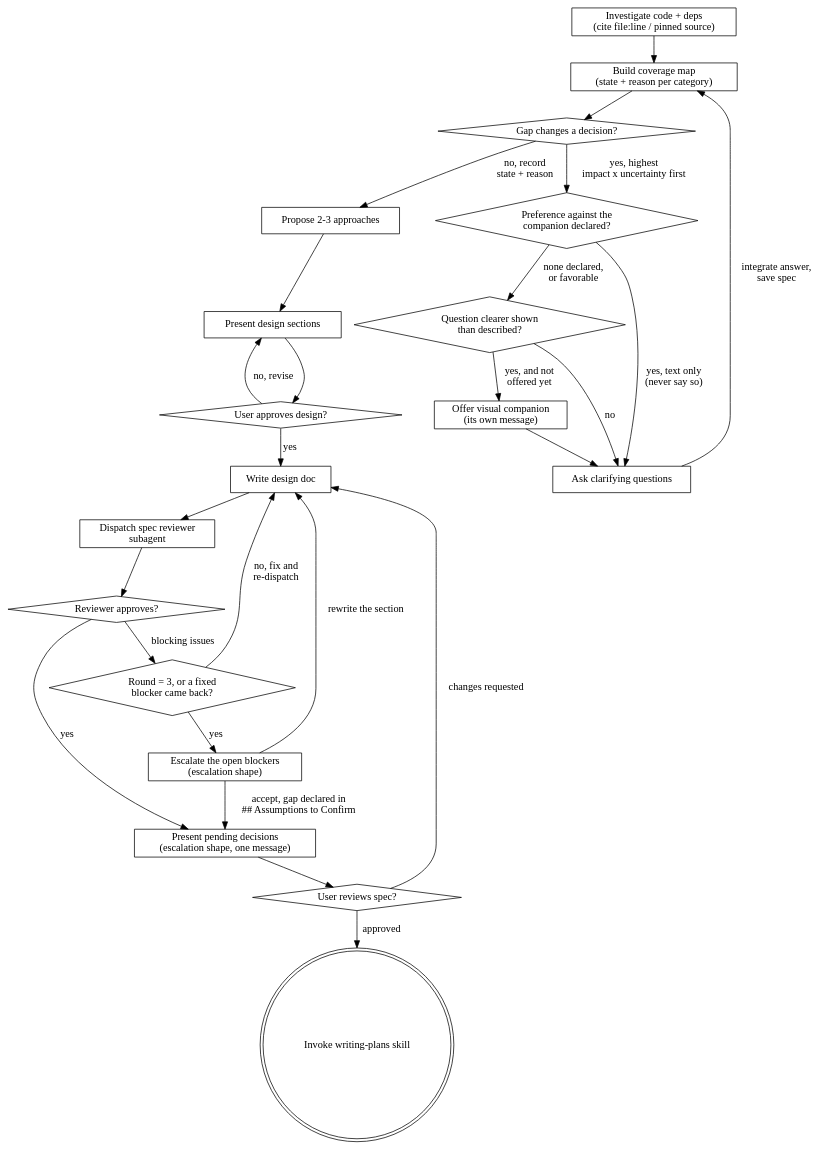
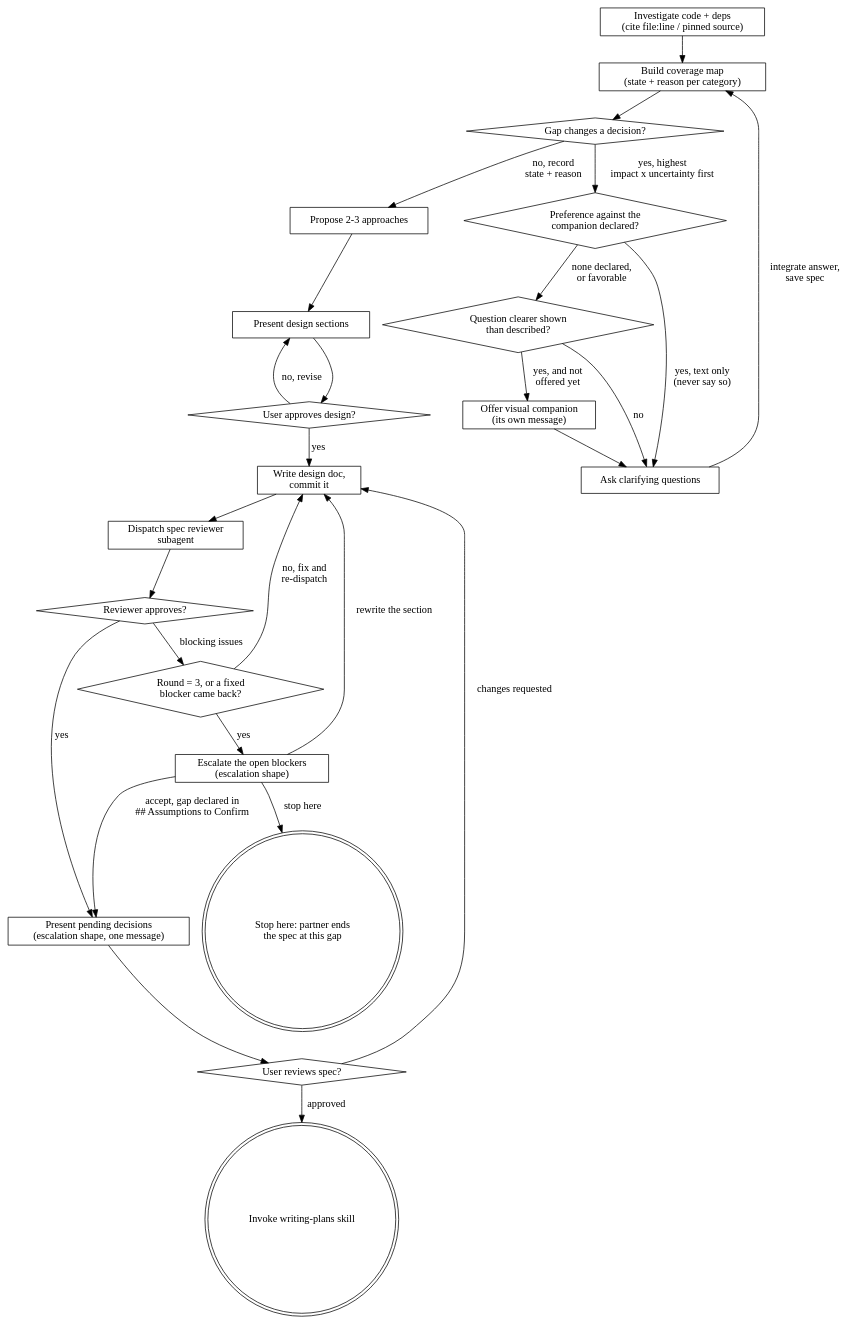
The diagram in skills/brainstorming/SKILL.md (rodrigopaitach/superpowersplus), drawn with Graphviz before and after one commit. The commit also changed 2 other files, not shown here.

Commit message:
fix(graphs): texto e grafo dizem o mesmo
Claude-Session: https://claude.ai/code/session_01YAJMSaJp3zi8VH3cuCpwjG

````diff
--- a/skills/brainstorming/SKILL.md
+++ b/skills/brainstorming/SKILL.md
@@ -39,48 +39,50 @@
 ```dot
 digraph brainstorming {
     "Investigate code + deps\n(cite file:line / pinned source)" [shape=box];
     "Build coverage map\n(state + reason per category)" [shape=box];
     "Gap changes a decision?" [shape=diamond];
     "Preference against the\ncompanion declared?" [shape=diamond];
     "Question clearer shown\nthan described?" [shape=diamond];
     "Offer visual companion\n(its own message)" [shape=box];
     "Ask clarifying questions" [shape=box];
     "Propose 2-3 approaches" [shape=box];
     "Present design sections" [shape=box];
     "User approves design?" [shape=diamond];
-    "Write design doc" [shape=box];
+    "Write design doc,\ncommit it" [shape=box];
     "Dispatch spec reviewer\nsubagent" [shape=box];
     "Reviewer approves?" [shape=diamond];
     "Round = 3, or a fixed\nblocker came back?" [shape=diamond];
     "Escalate the open blockers\n(escalation shape)" [shape=box];
+    "Stop here: partner ends\nthe spec at this gap" [shape=doublecircle];
     "Present pending decisions\n(escalation shape, one message)" [shape=box];
     "User reviews spec?" [shape=diamond];
     "Invoke writing-plans skill" [shape=doublecircle];
 
     "Investigate code + deps\n(cite file:line / pinned source)" -> "Build coverage map\n(state + reason per category)";
     "Build coverage map\n(state + reason per category)" -> "Gap changes a decision?";
     "Gap changes a decision?" -> "Preference against the\ncompanion declared?" [label="yes, highest\nimpact x uncertainty first"];
     "Preference against the\ncompanion declared?" -> "Ask clarifying questions" [label="yes, text only\n(never say so)"];
     "Preference against the\ncompanion declared?" -> "Question clearer shown\nthan described?" [label="none declared,\nor favorable"];
     "Question clearer shown\nthan described?" -> "Offer visual companion\n(its own message)" [label="yes, and not\noffered yet"];
     "Question clearer shown\nthan described?" -> "Ask clarifying questions" [label="no"];
     "Offer visual companion\n(its own message)" -> "Ask clarifying questions";
     "Gap changes a decision?" -> "Propose 2-3 approaches" [label="no, record\nstate + reason"];
     "Ask clarifying questions" -> "Build coverage map\n(state + reason per category)" [label="integrate answer,\nsave spec"];
     "Propose 2-3 approaches" -> "Present design sections";
     "Present design sections" -> "User approves design?";
     "User approves design?" -> "Present design sections" [label="no, revise"];
-    "User approves design?" -> "Write design doc" [label="yes"];
-    "Write design doc" -> "Dispatch spec reviewer\nsubagent";
+    "User approves design?" -> "Write design doc,\ncommit it" [label="yes"];
+    "Write design doc,\ncommit it" -> "Dispatch spec reviewer\nsubagent";
     "Dispatch spec reviewer\nsubagent" -> "Reviewer approves?";
     "Reviewer approves?" -> "Round = 3, or a fixed\nblocker came back?" [label="blocking issues"];
-    "Round = 3, or a fixed\nblocker came back?" -> "Write design doc" [label="no, fix and\nre-dispatch"];
+    "Round = 3, or a fixed\nblocker came back?" -> "Write design doc,\ncommit it" [label="no, fix and\nre-dispatch"];
     "Round = 3, or a fixed\nblocker came back?" -> "Escalate the open blockers\n(escalation shape)" [label="yes"];
-    "Escalate the open blockers\n(escalation shape)" -> "Write design doc" [label="rewrite the section"];
+    "Escalate the open blockers\n(escalation shape)" -> "Write design doc,\ncommit it" [label="rewrite the section"];
     "Escalate the open blockers\n(escalation shape)" -> "Present pending decisions\n(escalation shape, one message)" [label="accept, gap declared in\n## Assumptions to Confirm"];
+    "Escalate the open blockers\n(escalation shape)" -> "Stop here: partner ends\nthe spec at this gap" [label="stop here"];
     "Reviewer approves?" -> "Present pending decisions\n(escalation shape, one message)" [label="yes"];
     "Present pending decisions\n(escalation shape, one message)" -> "User reviews spec?";
-    "User reviews spec?" -> "Write design doc" [label="changes requested"];
+    "User reviews spec?" -> "Write design doc,\ncommit it" [label="changes requested"];
     "User reviews spec?" -> "Invoke writing-plans skill" [label="approved"];
 }
 ```
````
